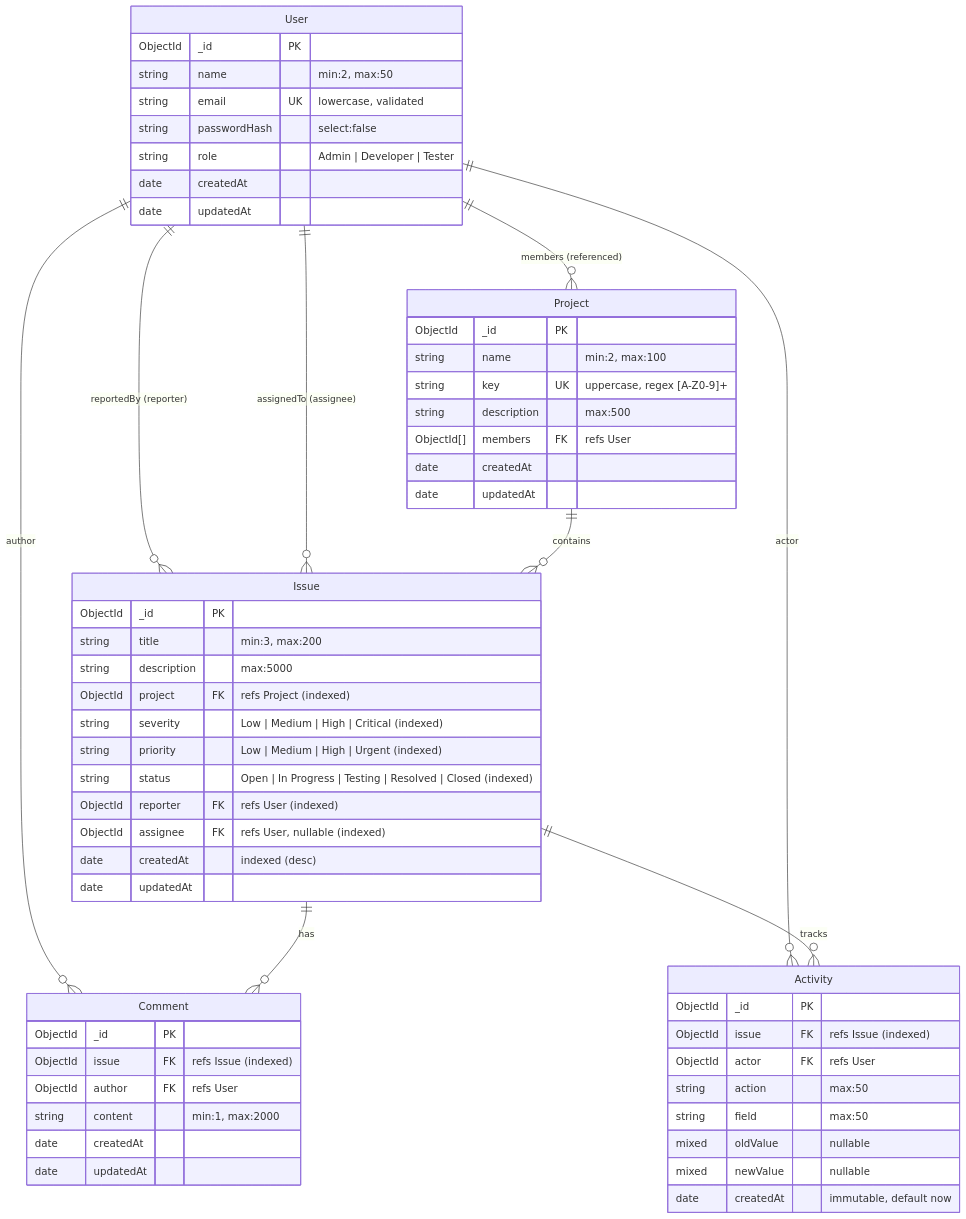
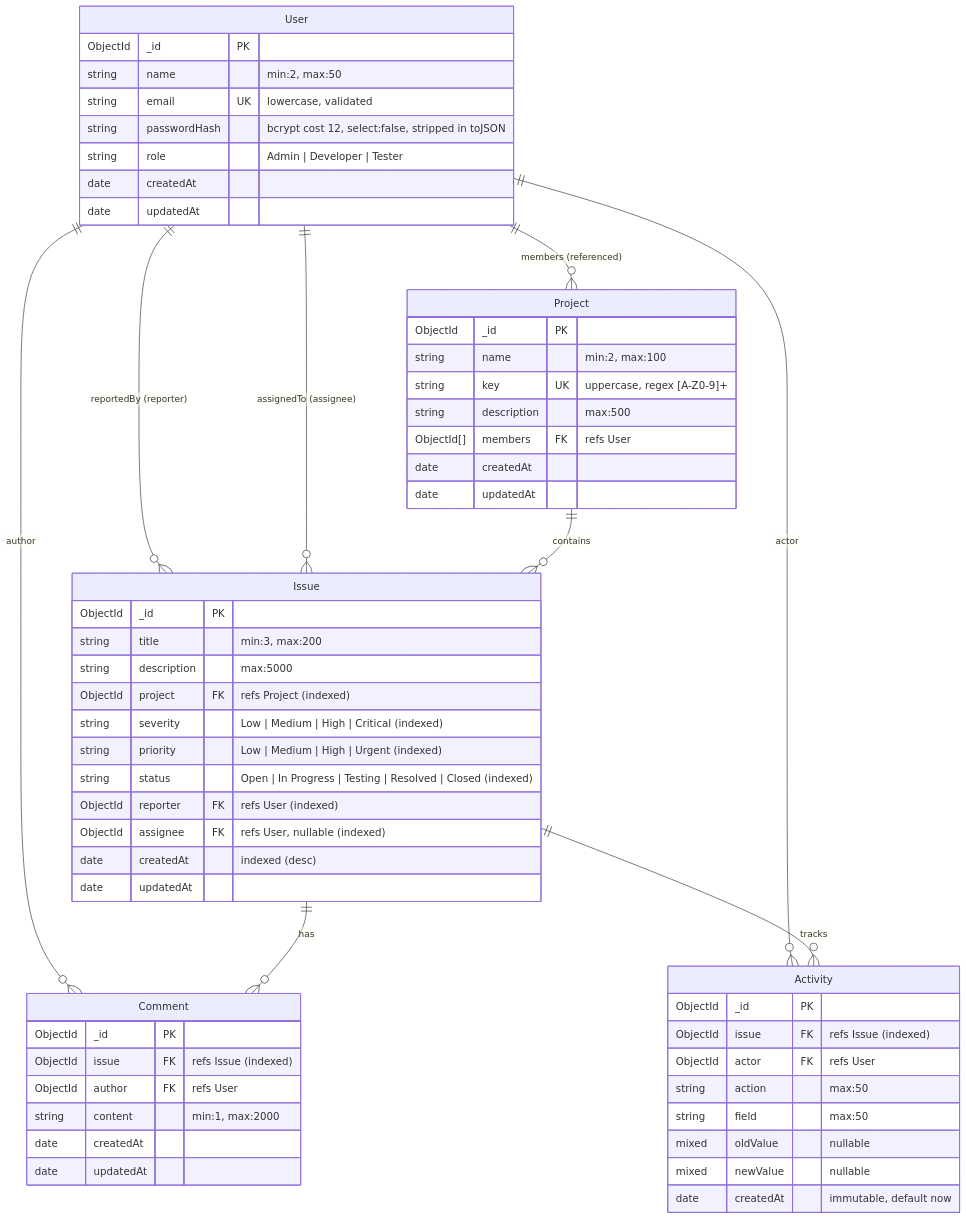
Before and after one commit to GaneshPatole85/Bug_Board_assignment: the diagram in docs/database-design.md, drawn with Mermaid. The commit also changed other lines of this file and 26 other files, not shown here.

````diff
--- a/docs/database-design.md
+++ b/docs/database-design.md
@@ -10,66 +10,66 @@
 ```mermaid
 erDiagram
     User ||--o{ Project : "members (referenced)"
     User ||--o{ Issue : "reportedBy (reporter)"
     User ||--o{ Issue : "assignedTo (assignee)"
     User ||--o{ Comment : "author"
     User ||--o{ Activity : "actor"
 
     Project ||--o{ Issue : "contains"
     Issue ||--o{ Comment : "has"
     Issue ||--o{ Activity : "tracks"
 
     User {
         ObjectId _id PK
         string name "min:2, max:50"
         string email UK "lowercase, validated"
-        string passwordHash "select:false"
+        string passwordHash "bcrypt cost 12, select:false, stripped in toJSON"
         string role "Admin | Developer | Tester"
         date createdAt
         date updatedAt
     }
 
     Project {
         ObjectId _id PK
         string name "min:2, max:100"
         string key UK "uppercase, regex [A-Z0-9]+"
         string description "max:500"
         ObjectId[] members FK "refs User"
         date createdAt
         date updatedAt
     }
 
     Issue {
         ObjectId _id PK
         string title "min:3, max:200"
         string description "max:5000"
         ObjectId project FK "refs Project (indexed)"
         string severity "Low | Medium | High | Critical (indexed)"
         string priority "Low | Medium | High | Urgent (indexed)"
         string status "Open | In Progress | Testing | Resolved | Closed (indexed)"
         ObjectId reporter FK "refs User (indexed)"
         ObjectId assignee FK "refs User, nullable (indexed)"
         date createdAt "indexed (desc)"
         date updatedAt
     }
 
     Comment {
         ObjectId _id PK
         ObjectId issue FK "refs Issue (indexed)"
         ObjectId author FK "refs User"
         string content "min:1, max:2000"
         date createdAt
         date updatedAt
     }
 
     Activity {
         ObjectId _id PK
         ObjectId issue FK "refs Issue (indexed)"
         ObjectId actor FK "refs User"
         string action "max:50"
         string field "max:50"
         mixed oldValue "nullable"
         mixed newValue "nullable"
         date createdAt "immutable, default now"
     }
 ```
````
